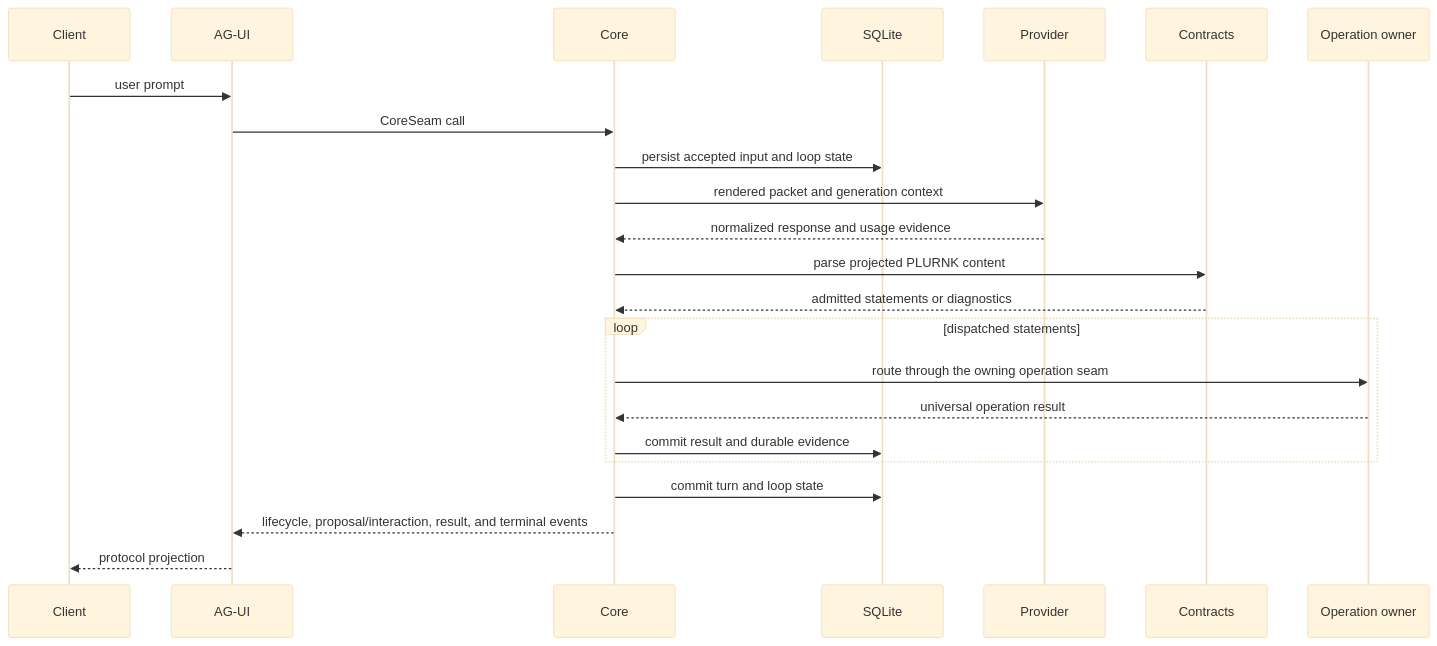
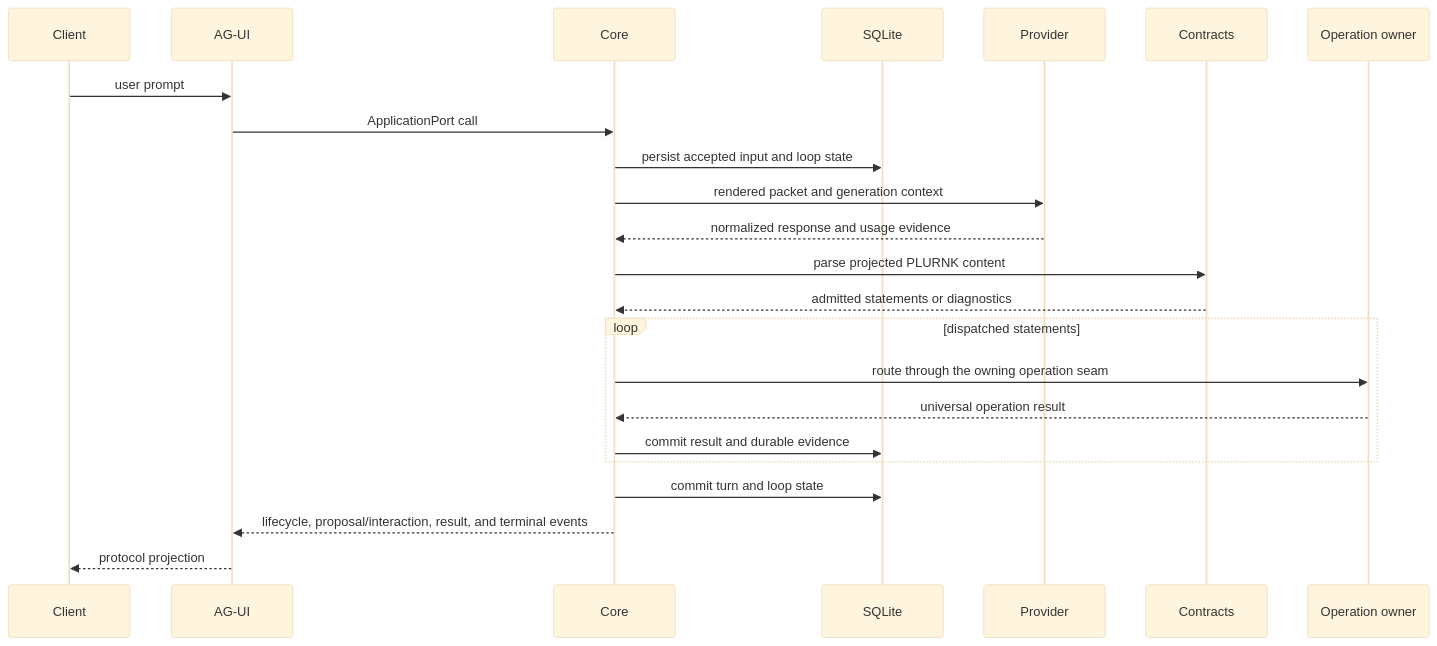
One commit to plurnk/plurnk-service changed the fourth of 4 diagrams in ARCHITECTURE.md. Above: the diagram before and after it, drawn with Mermaid (base theme). The commit also changed 29 other files, not shown here.

Commit message:
refactor(contracts): own the exterior application port (#258)

````diff
--- a/ARCHITECTURE.md
+++ b/ARCHITECTURE.md
@@ -96,26 +96,26 @@
 ```mermaid
 sequenceDiagram
     participant Client
     participant AGUI as AG-UI
     participant Core
     participant Store as SQLite
     participant Provider
     participant Contracts
     participant Owner as Operation owner
 
     Client->>AGUI: user prompt
-    AGUI->>Core: CoreSeam call
+    AGUI->>Core: ApplicationPort call
     Core->>Store: persist accepted input and loop state
     Core->>Provider: rendered packet and generation context
     Provider-->>Core: normalized response and usage evidence
     Core->>Contracts: parse projected PLURNK content
     Contracts-->>Core: admitted statements or diagnostics
     loop dispatched statements
         Core->>Owner: route through the owning operation seam
         Owner-->>Core: universal operation result
         Core->>Store: commit result and durable evidence
     end
     Core->>Store: commit turn and loop state
     Core-->>AGUI: lifecycle, proposal/interaction, result, and terminal events
     AGUI-->>Client: protocol projection
 ```
````
